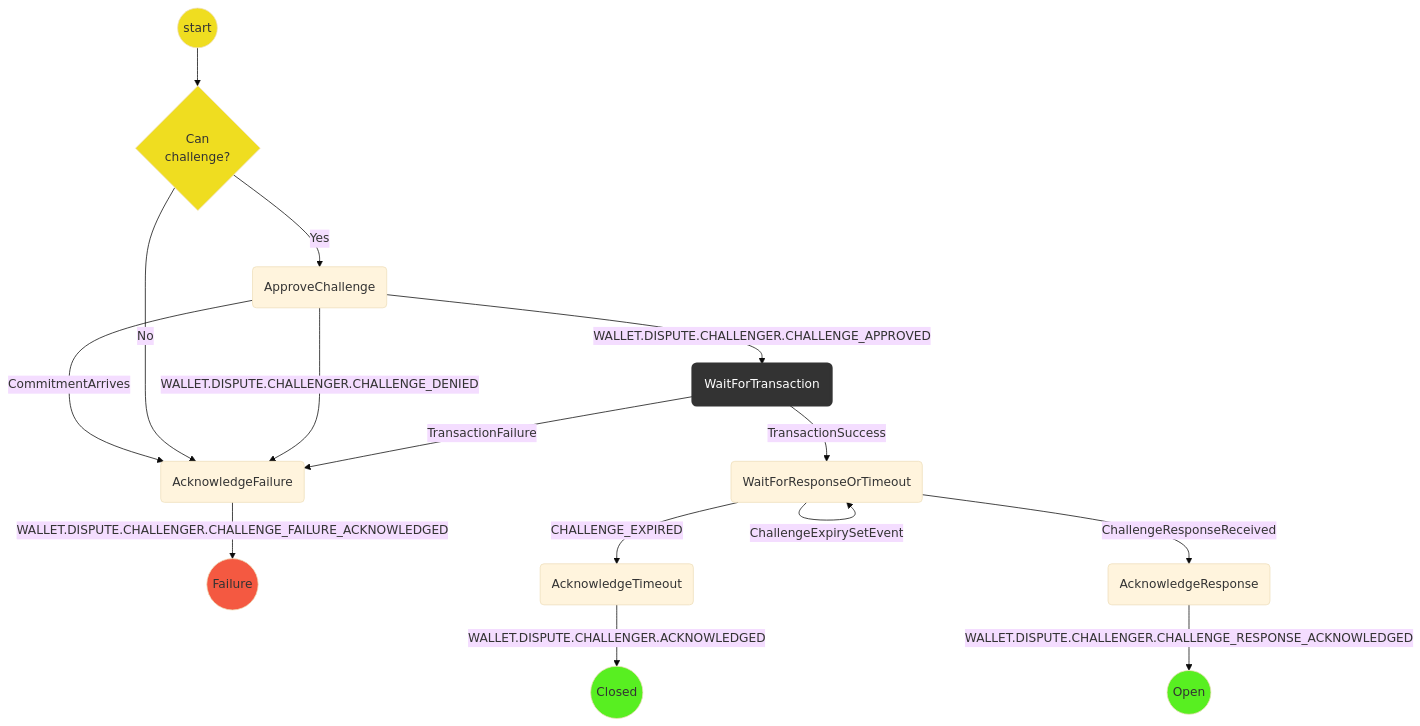
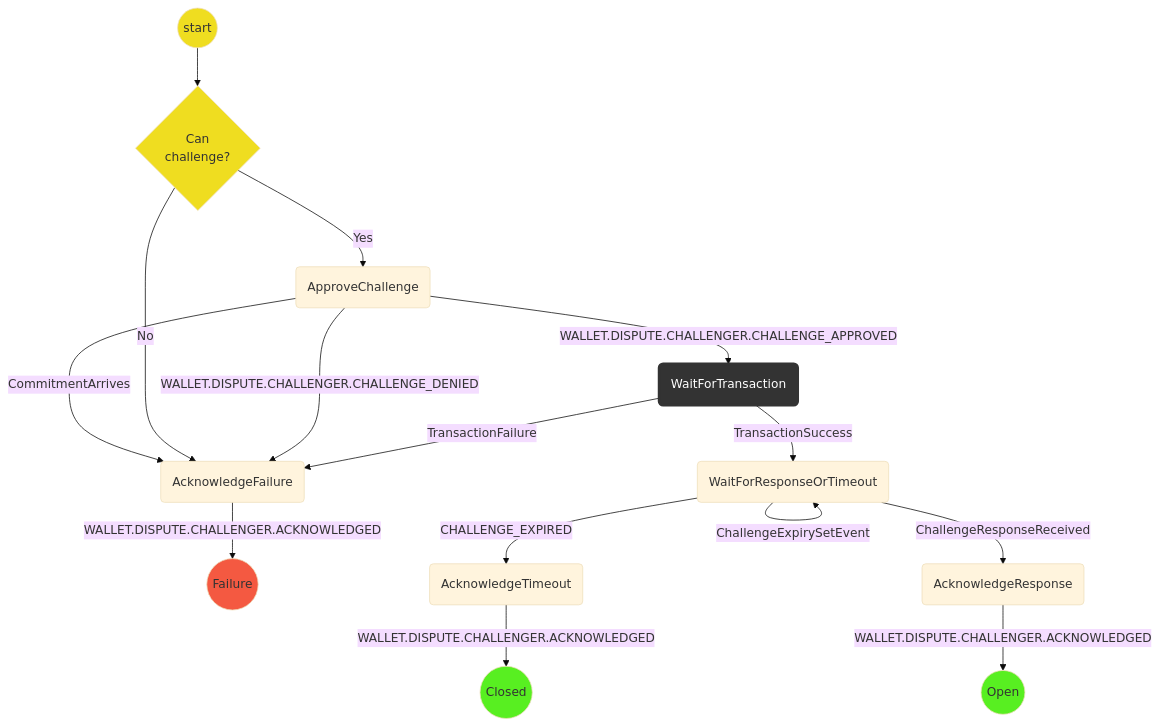
One commit to magmo/apps changed the diagram in packages/wallet/src/redux/protocols/dispute/challenger/readme.md. Above: the diagram before and after it, drawn with Mermaid (base theme). The commit also changed 2 other files, not shown here.

Commit message:
Strip out unecessary actions

````diff
--- a/packages/wallet/src/redux/protocols/dispute/challenger/readme.md
+++ b/packages/wallet/src/redux/protocols/dispute/challenger/readme.md
@@ -19,29 +19,29 @@
 ```mermaid
 graph TD
 linkStyle default interpolate basis
   S((start)) --> CE{Can<br/>challenge?}
   CE --> |Yes| WFA(ApproveChallenge)
   WFA --> |CommitmentArrives| AF
   WFA --> |WALLET.DISPUTE.CHALLENGER.CHALLENGE_APPROVED| WFT(WaitForTransaction)
   CE --> |No| AF
   WFA --> |WALLET.DISPUTE.CHALLENGER.CHALLENGE_DENIED| AF(AcknowledgeFailure)
-  AF --> |WALLET.DISPUTE.CHALLENGER.CHALLENGE_FAILURE_ACKNOWLEDGED| F((Failure))
+  AF --> |WALLET.DISPUTE.CHALLENGER.ACKNOWLEDGED| F((Failure))
   WFT --> |TransactionSuccess| WFRT(WaitForResponseOrTimeout)
   WFT --> |TransactionFailure| AF
   WFRT --> |CHALLENGE_EXPIRED| AT(AcknowledgeTimeout)
 
 
   WFRT -->|ChallengeExpirySetEvent| WFRT
   AT --> |WALLET.DISPUTE.CHALLENGER.ACKNOWLEDGED| SD((Closed))
 
   WFRT --> |ChallengeResponseReceived| AR(AcknowledgeResponse)
-  AR --> |WALLET.DISPUTE.CHALLENGER.CHALLENGE_RESPONSE_ACKNOWLEDGED| SP((Open))
+  AR --> |WALLET.DISPUTE.CHALLENGER.ACKNOWLEDGED| SP((Open))
   classDef logic fill:#efdd20;
   classDef Success fill:#58ef21;
   classDef Failure fill:#f45941;
   classDef WaitForChildProtocol stroke:#333,stroke-width:4px,color:#ffff,fill:#333;
   class S,CE logic;
   class SP,SD Success;
   class F Failure;
   class WFT,D WaitForChildProtocol;
 ```
````
